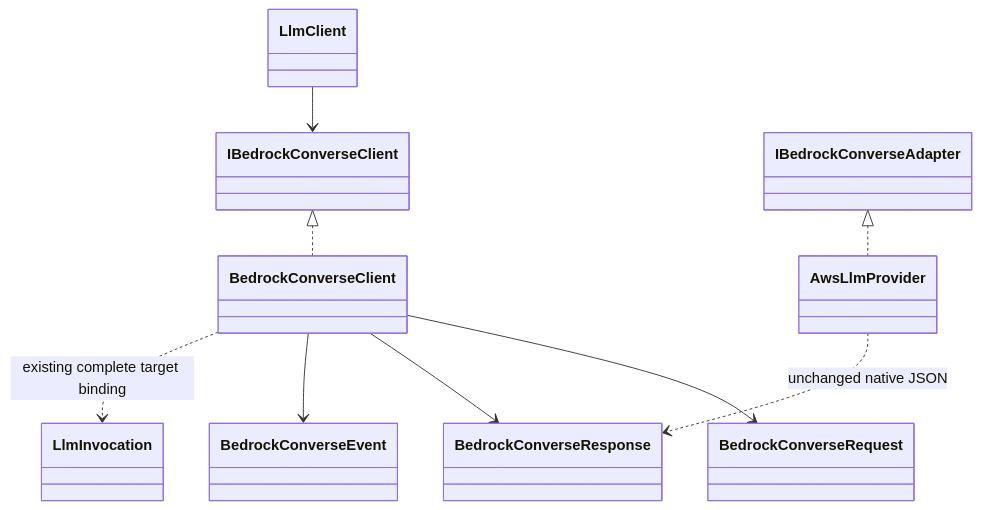
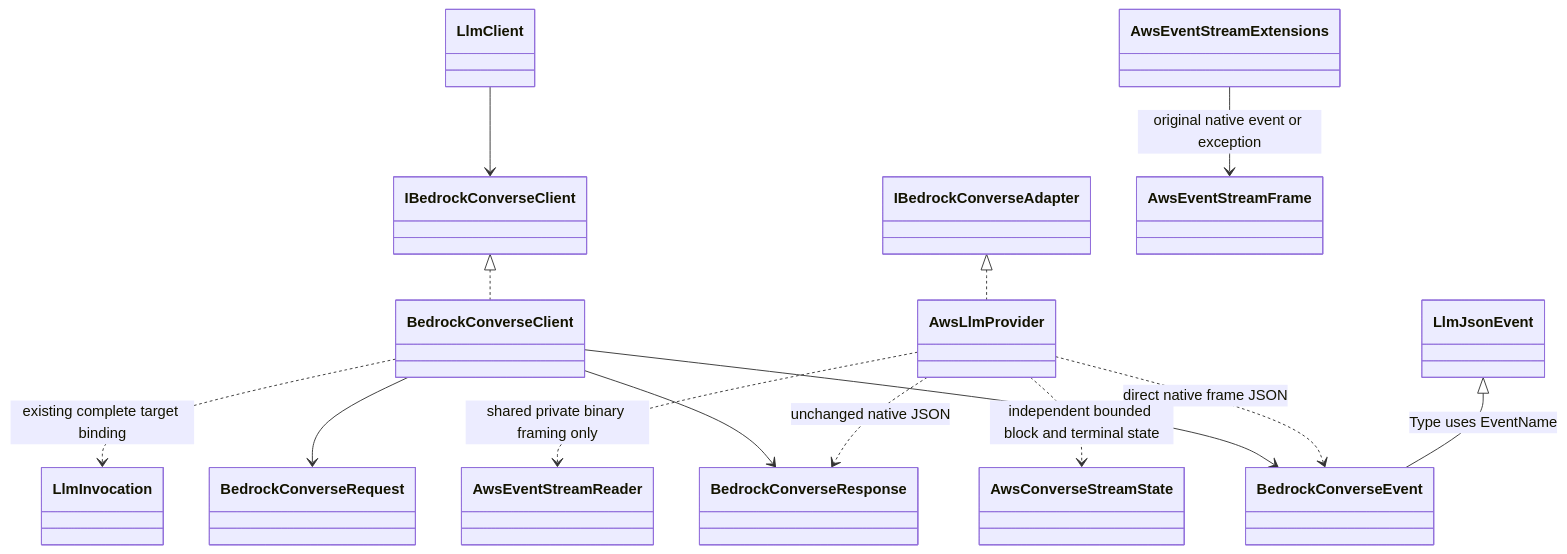
One commit to BenLampson/Asgard.Loki changed diagram 40 of 40 in docs/architecture.md. Above: the diagram before and after it, drawn with Mermaid. The commit also changed other lines of this file and 27 other files, not shown here.

Commit message:
feat(aws): add native Bedrock ConverseStream with independent fixtures

````diff
--- a/docs/architecture.md
+++ b/docs/architecture.md
@@ -1130,11 +1130,16 @@
 ```mermaid
 classDiagram
 LlmClient --> IBedrockConverseClient
 IBedrockConverseClient <|.. BedrockConverseClient
 BedrockConverseClient --> BedrockConverseRequest
 BedrockConverseClient --> BedrockConverseResponse
 BedrockConverseClient --> BedrockConverseEvent
 BedrockConverseClient ..> LlmInvocation : existing complete target binding
 IBedrockConverseAdapter <|.. AwsLlmProvider
 AwsLlmProvider ..> BedrockConverseResponse : unchanged native JSON
+AwsLlmProvider ..> BedrockConverseEvent : direct native frame JSON
+AwsLlmProvider ..> AwsConverseStreamState : independent bounded block and terminal state
+AwsLlmProvider ..> AwsEventStreamReader : shared private binary framing only
+LlmJsonEvent <|-- BedrockConverseEvent : Type uses EventName
+AwsEventStreamExtensions --> AwsEventStreamFrame : original native event or exception
 ```
````
